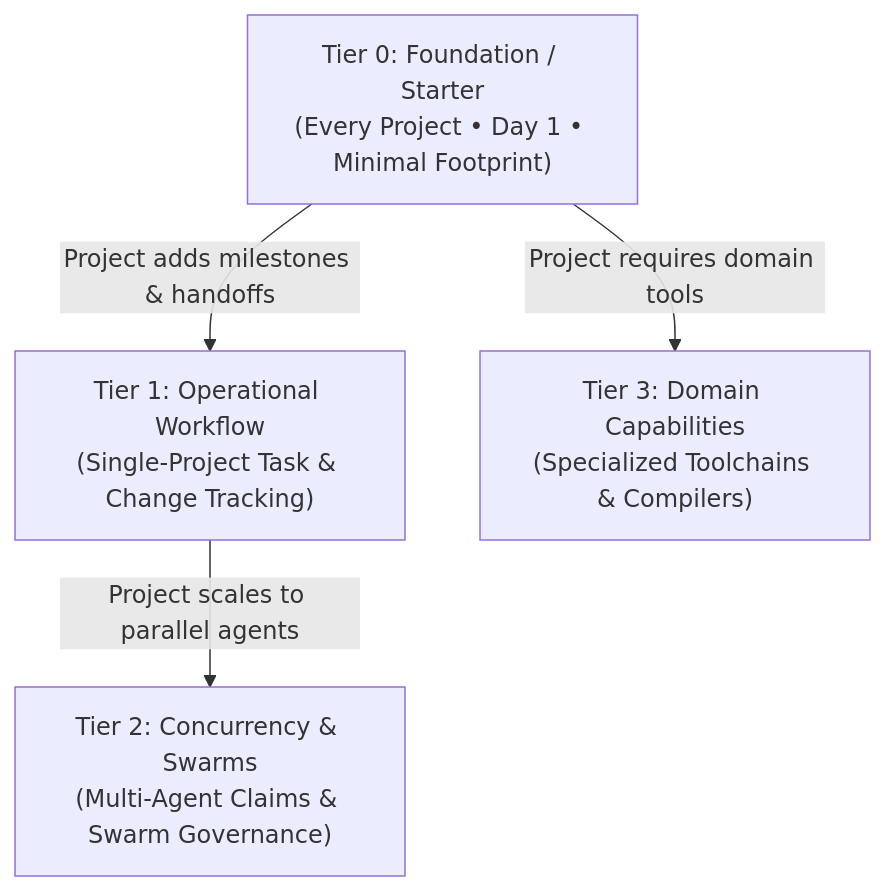
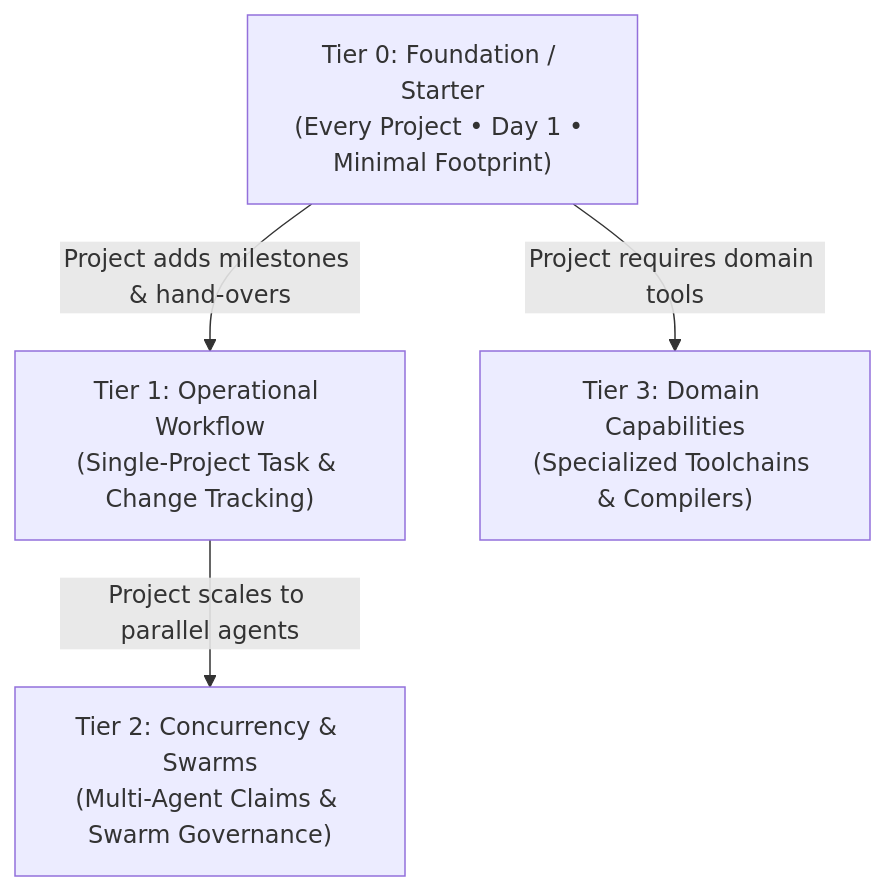
Before and after one commit to Dev-020/Agent-Warehouse: the diagram in docs/progressive-context-disclosure.md, drawn with Mermaid. The commit also changed other lines of this file and 9 other files, not shown here.

````diff
--- a/docs/progressive-context-disclosure.md
+++ b/docs/progressive-context-disclosure.md
@@ -69,11 +69,11 @@
 ```mermaid
 graph TD
     T0["Tier 0: Foundation / Starter<br/>(Every Project • Day 1 • Minimal Footprint)"]
     T1["Tier 1: Operational Workflow<br/>(Single-Project Task & Change Tracking)"]
     T2["Tier 2: Concurrency & Swarms<br/>(Multi-Agent Claims & Swarm Governance)"]
     T3["Tier 3: Domain Capabilities<br/>(Specialized Toolchains & Compilers)"]
 
-    T0 -->|Project adds milestones & handoffs| T1
+    T0 -->|Project adds milestones & hand-overs| T1
     T1 -->|Project scales to parallel agents| T2
     T0 -->|Project requires domain tools| T3
 ```
````
